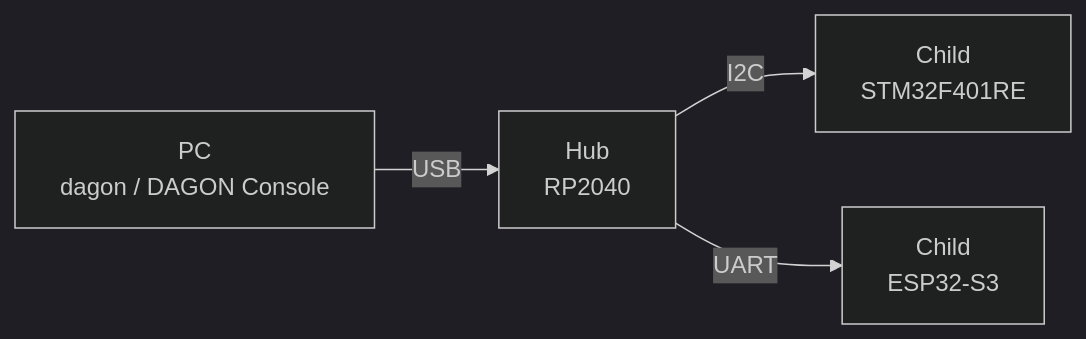
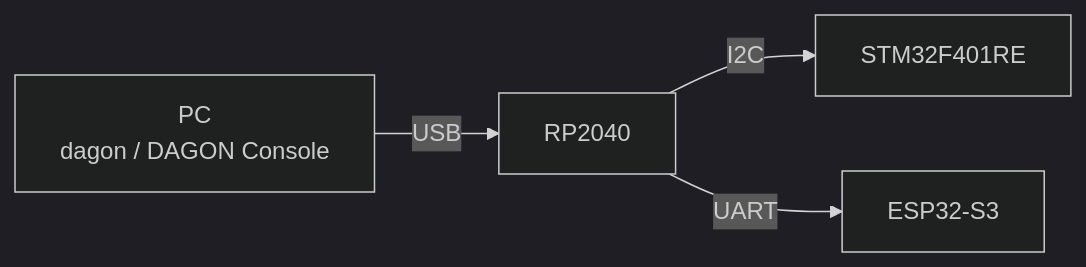
The diagram in README.en.md (c-ardinal/DAGON-Boot), drawn with Mermaid (dark theme) before and after one commit. The commit also changed other lines of this file and 6 other files, not shown here.

````diff
--- a/README.en.md
+++ b/README.en.md
@@ -130,6 +130,6 @@
 ```mermaid
 flowchart LR
-  PC["PC<br>dagon / DAGON Console"] -- USB --> HUB["Hub<br>RP2040"]
-  HUB -- I2C --> SEG["Child<br>STM32F401RE"]
-  HUB -- UART --> WATCH["Child<br>ESP32-S3"]
+  PC["PC<br>dagon / DAGON Console"] -- USB --> HUB["RP2040"]
+  HUB -- I2C --> SEG["STM32F401RE"]
+  HUB -- UART --> WATCH["ESP32-S3"]
 ```
````
